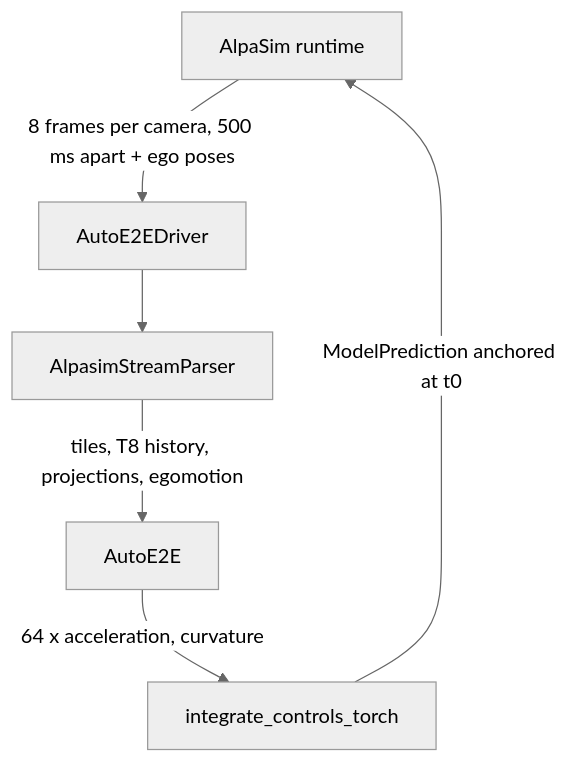
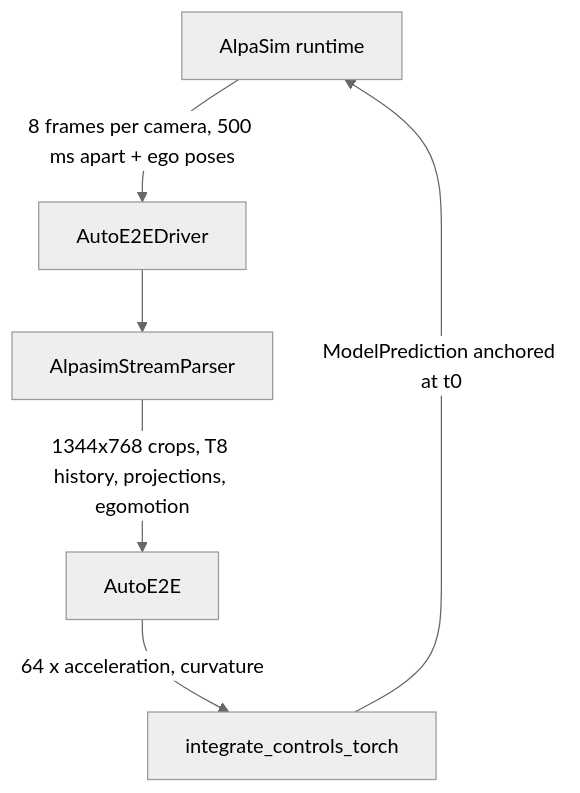
Before and after one commit to autowarefoundation/auto_e2e: the diagram in Model/plugins/alpasim_driver/README.md, drawn with Mermaid (neutral theme). The commit also changed other lines of this file, not shown here.

Commit message:
docs(alpasim): describe the AutoBEV inputs of the driver and drop the old-model performance numbers, because they measured the removed 512-tile model

````diff
--- a/Model/plugins/alpasim_driver/README.md
+++ b/Model/plugins/alpasim_driver/README.md
@@ -9,8 +9,8 @@
 ```mermaid
 graph TD
     AlpaSim[AlpaSim runtime] -->|8 frames per camera, 500 ms apart + ego poses| Driver[AutoE2EDriver]
     Driver --> Parser[AlpasimStreamParser]
-    Parser -->|tiles, T8 history, projections, egomotion| Model[AutoE2E]
+    Parser -->|1344x768 crops, T8 history, projections, egomotion| Model[AutoE2E]
     Model -->|64 x acceleration, curvature| Rollout[integrate_controls_torch]
     Rollout -->|ModelPrediction anchored at t0| AlpaSim
 ```
````
